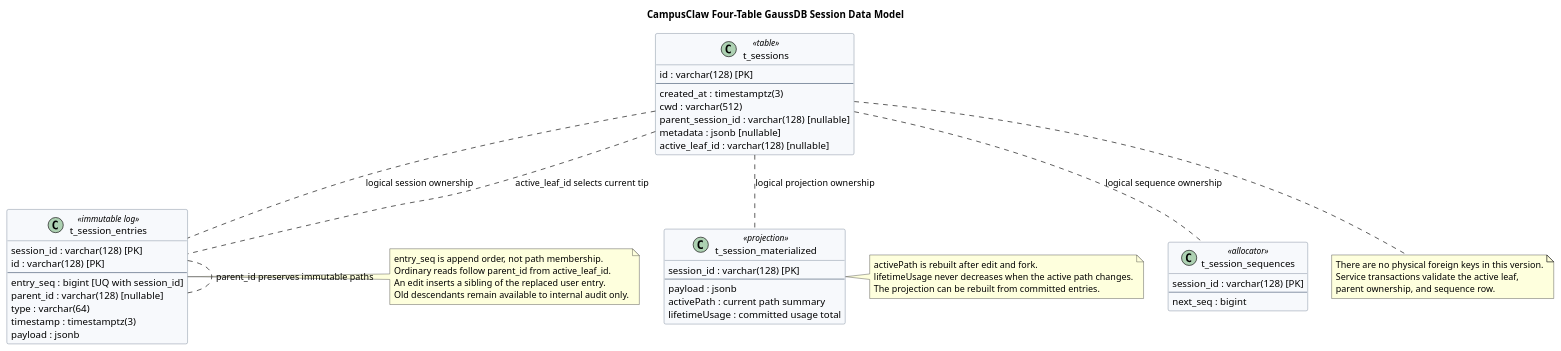
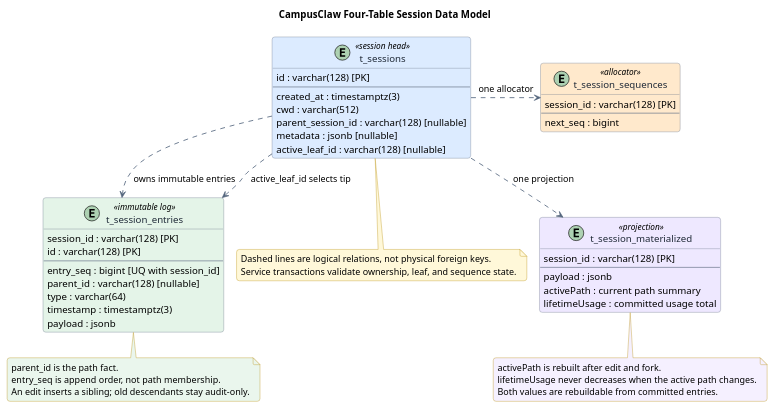
Before and after one commit to ssm0808/pi-mono-java-design: the third of 4 diagrams in diagrams/memory/diagram.puml, drawn with PlantUML. The commit also changed other lines of this file and 8 other files, not shown here.

Commit message:
docs(memory): improve session diagram readability

```diff
--- a/diagrams/memory/diagram.puml
+++ b/diagrams/memory/diagram.puml
@@ -165,84 +165,92 @@
 @startuml memory-data-model
-title CampusClaw Four-Table GaussDB Session Data Model
+!pragma layout smetana
+title CampusClaw Four-Table Session Data Model
 top to bottom direction
 
 skinparam backgroundColor #FFFFFF
 skinparam shadowing false
+skinparam roundcorner 8
 skinparam classAttributeIconSize 0
-skinparam classBorderColor #53657D
-skinparam classBackgroundColor #F7F9FC
+skinparam classBorderColor #697789
+skinparam classFontColor #1F2937
+skinparam defaultTextAlignment left
+skinparam ArrowColor #53657D
+skinparam ArrowThickness 1.2
+skinparam NoteBorderColor #B58B00
+skinparam NoteBackgroundColor #FFF8D9
 
 ' Source evidence:
 ' - badlogic/pi-mono@f0deb8dd8e9611e89b5bc4145ca92c03ae6ed4ee
 ' - packages/storage/sqlite-node/src/sqlite/migrations/001_initial.sql: lines 1-59
 ' - packages/storage/sqlite-node/src/sqlite/migrations/002_branch_tips.sql: lines 1-12
 ' - packages/storage/sqlite-node/src/sqlite/storage/session-materialized.ts
 ' Observed behavior: pi has seven Session tables after its two migrations.
 ' Target-only product constraint: CampusClaw removes branch cache tables,
 ' entry materialized labels, generic moveTo, and arbitrary branch queries.
 ' Target adaptation: retain parent_id and active_leaf_id for immutable edits.
 ' Type adaptation: bounded VARCHAR, BIGINT, TIMESTAMPTZ(3), and JSONB.
-' Design reason: four tables are sufficient for one visible active path while
-' retaining old edited subtrees for authorized audit reads.
+' Design reason: use a two-by-two table grid instead of a 2331-pixel row.
 
-class "t_sessions" as sessions <<table>> {
+entity "t_sessions" as sessions <<session head>> #DCEBFF {
   id : varchar(128) [PK]
   --
   created_at : timestamptz(3)
   cwd : varchar(512)
   parent_session_id : varchar(128) [nullable]
   metadata : jsonb [nullable]
   active_leaf_id : varchar(128) [nullable]
 }
 
-class "t_session_entries" as entries <<immutable log>> {
+entity "t_session_sequences" as sequences <<allocator>> #FFE9CC {
+  session_id : varchar(128) [PK]
+  --
+  next_seq : bigint
+}
+
+entity "t_session_entries" as entries <<immutable log>> #E4F4E8 {
   session_id : varchar(128) [PK]
   id : varchar(128) [PK]
   --
   entry_seq : bigint [UQ with session_id]
   parent_id : varchar(128) [nullable]
   type : varchar(64)
   timestamp : timestamptz(3)
   payload : jsonb
 }
 
-class "t_session_sequences" as sequences <<allocator>> {
-  session_id : varchar(128) [PK]
-  --
-  next_seq : bigint
-}
-
-class "t_session_materialized" as materialized <<projection>> {
+entity "t_session_materialized" as materialized <<projection>> #EEE8FF {
   session_id : varchar(128) [PK]
   --
   payload : jsonb
   activePath : current path summary
   lifetimeUsage : committed usage total
 }
 
-sessions .. entries : logical session ownership
-sessions .. entries : active_leaf_id selects current tip
-entries .. entries : parent_id preserves immutable paths
-sessions .. sequences : logical sequence ownership
-sessions .. materialized : logical projection ownership
+sessions -[hidden]right- sequences
+entries -[hidden]right- materialized
+sessions -[hidden]down- entries
+sequences -[hidden]down- materialized
 
-note right of entries
+sessions ..> entries : owns immutable entries
+sessions ..> entries : active_leaf_id selects tip
+sessions ..> sequences : one allocator
+sessions ..> materialized : one projection
+
+note bottom of entries #EAF6ED
+parent_id is the path fact.
 entry_seq is append order, not path membership.
-Ordinary reads follow parent_id from active_leaf_id.
-An edit inserts a sibling of the replaced user entry.
-Old descendants remain available to internal audit only.
+An edit inserts a sibling; old descendants stay audit-only.
 end note
 
-note right of materialized
+note bottom of materialized #F5F0FF
 activePath is rebuilt after edit and fork.
 lifetimeUsage never decreases when the active path changes.
-The projection can be rebuilt from committed entries.
+Both values are rebuildable from committed entries.
 end note
 
 note bottom of sessions
-There are no physical foreign keys in this version.
-Service transactions validate the active leaf,
-parent ownership, and sequence row.
+Dashed lines are logical relations, not physical foreign keys.
+Service transactions validate ownership, leaf, and sequence state.
 end note
 
 @enduml
```
